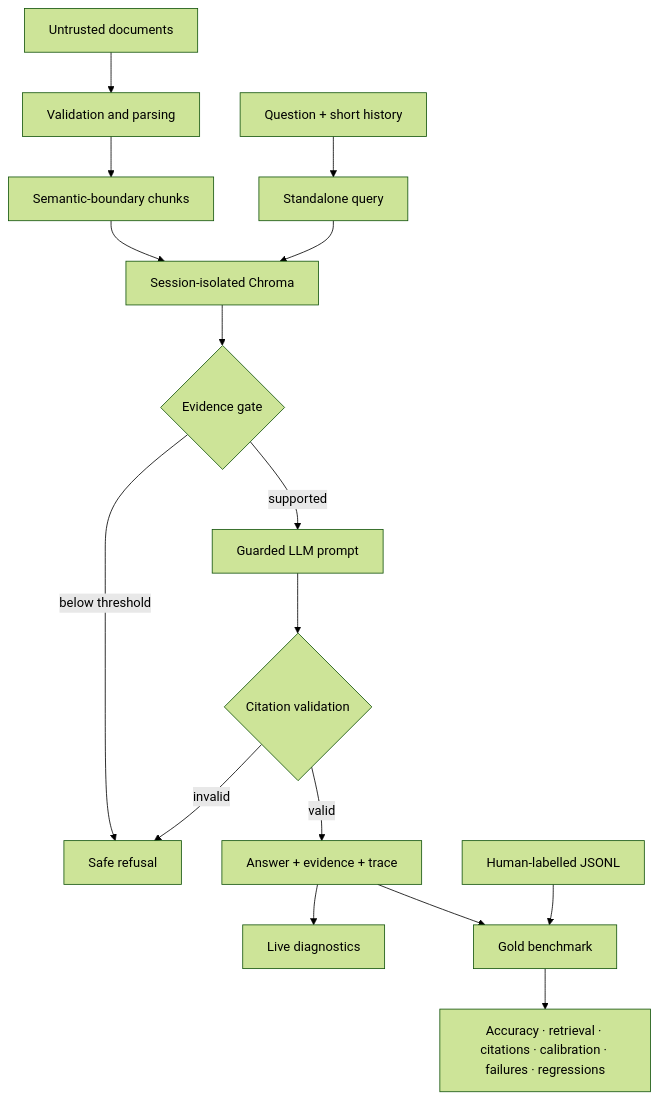
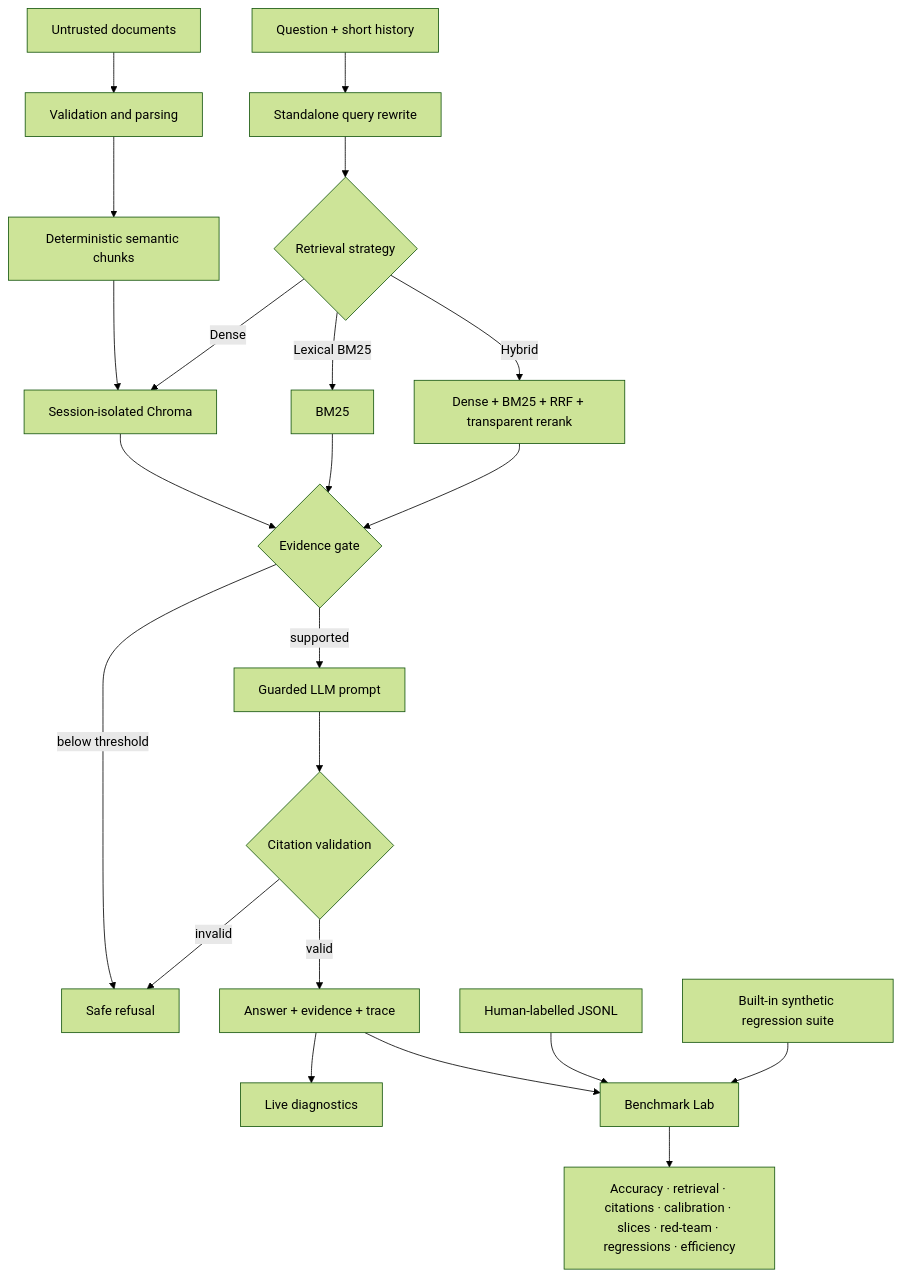
One commit to mohit231007/verirag-intelligence-studio changed the diagram in README.md. Above: the diagram before and after it, drawn with Mermaid (forest theme). The commit also changed other lines of this file, not shown here.

Commit message:
Document v0.2 benchmark retrieval intelligence release

````diff
--- a/README.md
+++ b/README.md
@@ -23,18 +40,24 @@
 ```mermaid
 flowchart TD
     A["Untrusted documents"] --> B["Validation and parsing"]
-    B --> C["Semantic-boundary chunks"]
+    B --> C["Deterministic semantic chunks"]
     C --> D["Session-isolated Chroma"]
-    Q["Question + short history"] --> R["Standalone query"]
-    R --> D
+    Q["Question + short history"] --> R["Standalone query rewrite"]
+    R --> RET{"Retrieval strategy"}
+    RET -->|Dense| D
+    RET -->|Lexical BM25| LEX["BM25"]
+    RET -->|Hybrid| H["Dense + BM25 + RRF + transparent rerank"]
     D --> G{"Evidence gate"}
+    LEX --> G
+    H --> G
     G -->|below threshold| X["Safe refusal"]
     G -->|supported| L["Guarded LLM prompt"]
     L --> V{"Citation validation"}
     V -->|invalid| X
     V -->|valid| O["Answer + evidence + trace"]
     O --> E["Live diagnostics"]
-    GOLD["Human-labelled JSONL"] --> BMARK["Gold benchmark"]
-    O --> BMARK
-    BMARK --> M["Accuracy · retrieval · citations · calibration · failures · regressions"]
+    GOLD["Human-labelled JSONL"] --> LAB["Benchmark Lab"]
+    SYN["Built-in synthetic regression suite"] --> LAB
+    O --> LAB
+    LAB --> M["Accuracy · retrieval · citations · calibration · slices · red-team · regressions · efficiency"]
 ```
````
